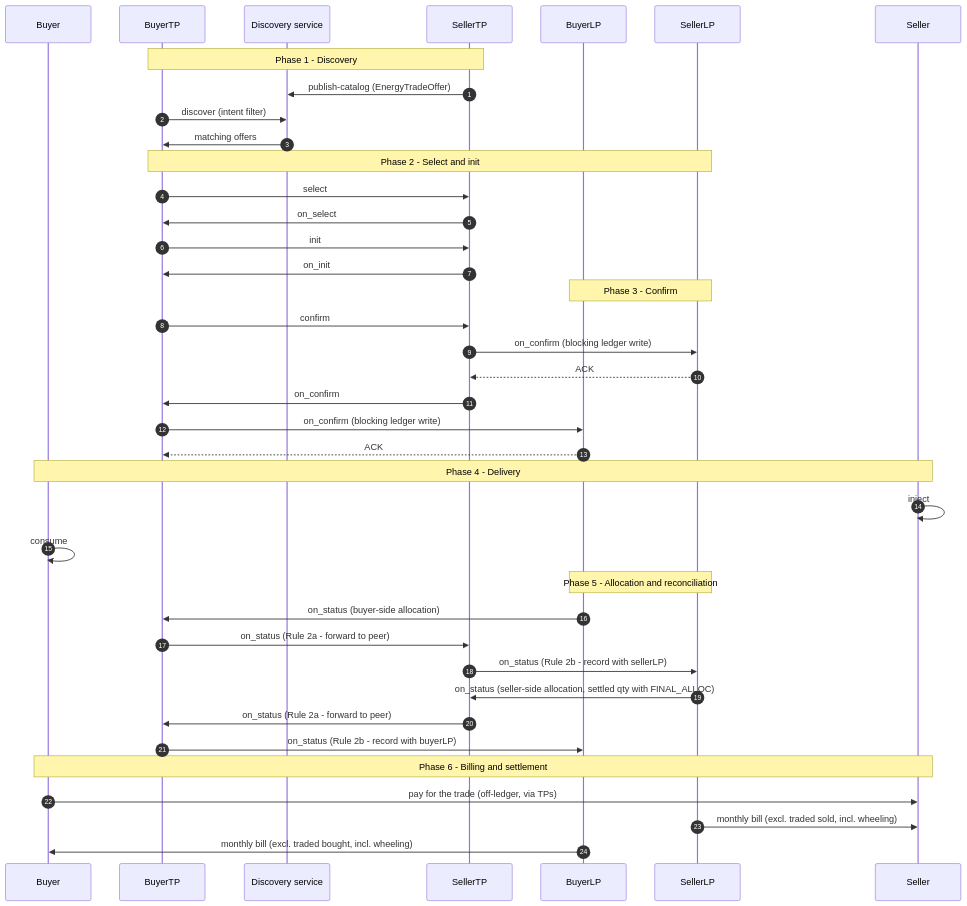
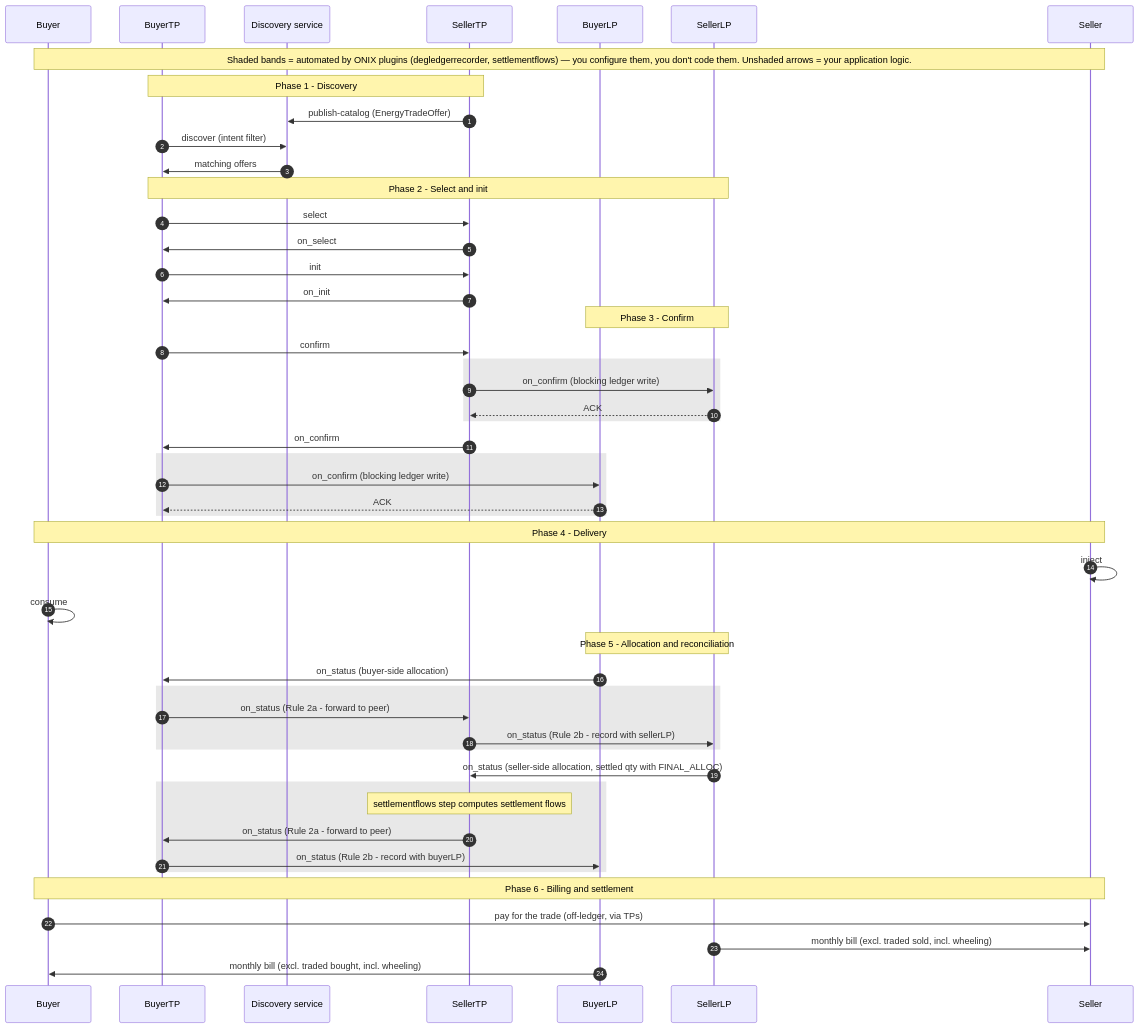
One commit to India-Energy-Stack/ies-accelerator changed the second of 2 diagrams in use-cases/p2p-energy-trading/README.md. Above: the diagram before and after it, drawn with Mermaid. The commit also changed other lines of this file, not shown here.

Commit message:
docs(p2p): shade ONIX-automated legs in the sequence diagram
Grey rect bands mark the flows the adapter performs from config alone
(degledgerrecorder on_confirm writes + on_status cascades, settlementflows
computation); unshaded arrows are what each application implements. Add a
legend note and a prose line mapping the unshaded arrows to the four
roles.

````diff
--- a/use-cases/p2p-energy-trading/README.md
+++ b/use-cases/p2p-energy-trading/README.md
@@ -128,47 +128,58 @@
 ```mermaid
 sequenceDiagram
   autonumber
   participant B as Buyer
   participant BTP as BuyerTP
   participant DS as Discovery service
   participant STP as SellerTP
   participant BDL as BuyerLP
   participant SDL as SellerLP
   participant S as Seller
+
+  Note over B,S: Shaded bands = automated by ONIX plugins (degledgerrecorder, settlementflows) — you configure them, you don't code them. Unshaded arrows = your application logic.
 
   Note over BTP,STP: Phase 1 - Discovery
   STP->>DS: publish-catalog (EnergyTradeOffer)
   BTP->>DS: discover (intent filter)
   DS->>BTP: matching offers
 
   Note over BTP,SDL: Phase 2 - Select and init
   BTP->>STP: select
   STP->>BTP: on_select
   BTP->>STP: init
   STP->>BTP: on_init
 
   Note over BDL,SDL: Phase 3 - Confirm
   BTP->>STP: confirm
-  STP->>SDL: on_confirm (blocking ledger write)
-  SDL-->>STP: ACK
+  rect rgba(128,128,128,0.18)
+    STP->>SDL: on_confirm (blocking ledger write)
+    SDL-->>STP: ACK
+  end
   STP->>BTP: on_confirm
-  BTP->>BDL: on_confirm (blocking ledger write)
-  BDL-->>BTP: ACK
+  rect rgba(128,128,128,0.18)
+    BTP->>BDL: on_confirm (blocking ledger write)
+    BDL-->>BTP: ACK
+  end
 
   Note over B,S: Phase 4 - Delivery
   S->>S: inject
   B->>B: consume
 
   Note over BDL,SDL: Phase 5 - Allocation and reconciliation
   BDL->>BTP: on_status (buyer-side allocation)
-  BTP->>STP: on_status (Rule 2a - forward to peer)
-  STP->>SDL: on_status (Rule 2b - record with sellerLP)
+  rect rgba(128,128,128,0.18)
+    BTP->>STP: on_status (Rule 2a - forward to peer)
+    STP->>SDL: on_status (Rule 2b - record with sellerLP)
+  end
   SDL->>STP: on_status (seller-side allocation, settled qty with FINAL_ALLOC)
-  STP->>BTP: on_status (Rule 2a - forward to peer)
-  BTP->>BDL: on_status (Rule 2b - record with buyerLP)
+  rect rgba(128,128,128,0.18)
+    Note over STP: settlementflows step computes settlement flows
+    STP->>BTP: on_status (Rule 2a - forward to peer)
+    BTP->>BDL: on_status (Rule 2b - record with buyerLP)
+  end
 
   Note over B,S: Phase 6 - Billing and settlement
   B->>S: pay for the trade (off-ledger, via TPs)
   SDL->>S: monthly bill (excl. traded sold, incl. wheeling)
   BDL->>B: monthly bill (excl. traded bought, incl. wheeling)
 ```
````
